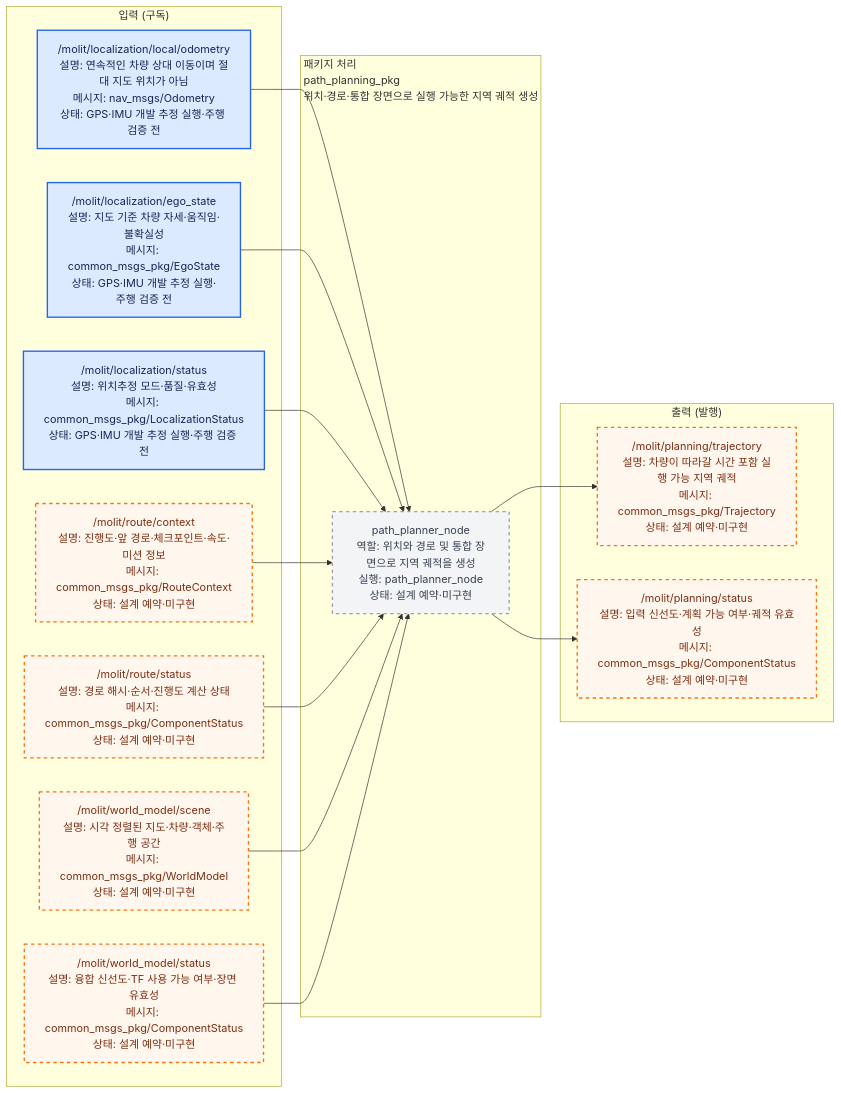
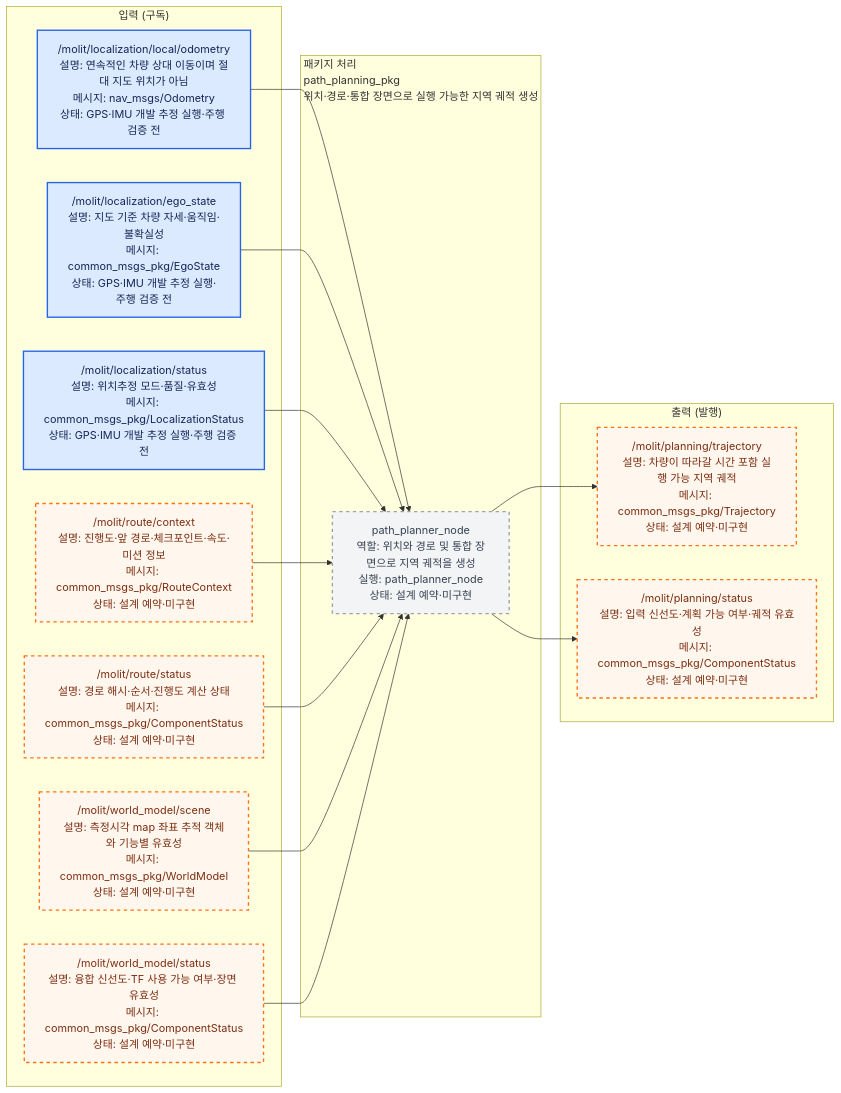
Before and after one commit to Team-Stier/Morai_Sim_team2: the diagram in src/path_planning_pkg/docs/interface_io.mmd, drawn with Mermaid. The commit also changed 60 other files, not shown here.

```diff
--- a/src/path_planning_pkg/docs/interface_io.mmd
+++ b/src/path_planning_pkg/docs/interface_io.mmd
@@ -1,47 +1,47 @@
 %% AUTO-GENERATED by ros_architecture_pkg/scripts/generate_interface_diagrams.py. DO NOT EDIT.
 %% Source of truth: ros_architecture_pkg/config/interface_contract.yaml
 flowchart LR
     classDef liveNode fill:#dcfce7,color:#14532d,stroke:#16a34a,stroke-width:2px;
     classDef reservedNode fill:#f3f4f6,color:#374151,stroke:#9ca3af,stroke-width:2px,stroke-dasharray: 5 5;
     classDef liveTopic fill:#dbeafe,color:#172554,stroke:#2563eb,stroke-width:2px;
     classDef reservedTopic fill:#fff7ed,color:#7c2d12,stroke:#f97316,stroke-width:2px,stroke-dasharray: 5 5;
     classDef emptyPort fill:#ffffff,color:#6b7280,stroke:#d1d5db,stroke-dasharray: 3 3;
     classDef externalEndpoint fill:#f3e8ff,color:#581c87,stroke:#9333ea,stroke-width:3px;
 
     subgraph INPUTS["입력 (구독)"]
         input_000["/molit/localization/local/odometry<br/>설명: 연속적인 차량 상대 이동이며 절대 지도 위치가 아님<br/>메시지: nav_msgs/Odometry<br/>상태: GPS·IMU 개발 추정 실행·주행 검증 전"]
         input_001["/molit/localization/ego_state<br/>설명: 지도 기준 차량 자세·움직임·불확실성<br/>메시지: common_msgs_pkg/EgoState<br/>상태: GPS·IMU 개발 추정 실행·주행 검증 전"]
         input_002["/molit/localization/status<br/>설명: 위치추정 모드·품질·유효성<br/>메시지: common_msgs_pkg/LocalizationStatus<br/>상태: GPS·IMU 개발 추정 실행·주행 검증 전"]
         input_003["/molit/route/context<br/>설명: 진행도·앞 경로·체크포인트·속도·미션 정보<br/>메시지: common_msgs_pkg/RouteContext<br/>상태: 설계 예약·미구현"]
         input_004["/molit/route/status<br/>설명: 경로 해시·순서·진행도 계산 상태<br/>메시지: common_msgs_pkg/ComponentStatus<br/>상태: 설계 예약·미구현"]
-        input_005["/molit/world_model/scene<br/>설명: 시각 정렬된 지도·차량·객체·주행 공간<br/>메시지: common_msgs_pkg/WorldModel<br/>상태: 설계 예약·미구현"]
+        input_005["/molit/world_model/scene<br/>설명: 측정시각 map 좌표 추적 객체와 기능별 유효성<br/>메시지: common_msgs_pkg/WorldModel<br/>상태: 설계 예약·미구현"]
         input_006["/molit/world_model/status<br/>설명: 융합 신선도·TF 사용 가능 여부·장면 유효성<br/>메시지: common_msgs_pkg/ComponentStatus<br/>상태: 설계 예약·미구현"]
     end
     subgraph PACKAGE["패키지 처리<br/>path_planning_pkg<br/>위치·경로·통합 장면으로 실행 가능한 지역 궤적 생성"]
         local_node_000["path_planner_node<br/>역할: 위치와 경로 및 통합 장면으로 지역 궤적을 생성<br/>실행: path_planner_node<br/>상태: 설계 예약·미구현"]
     end
     subgraph OUTPUTS["출력 (발행)"]
         output_000["/molit/planning/trajectory<br/>설명: 차량이 따라갈 시간 포함 실행 가능 지역 궤적<br/>메시지: common_msgs_pkg/Trajectory<br/>상태: 설계 예약·미구현"]
         output_001["/molit/planning/status<br/>설명: 입력 신선도·계획 가능 여부·궤적 유효성<br/>메시지: common_msgs_pkg/ComponentStatus<br/>상태: 설계 예약·미구현"]
     end
 
     input_000 --> local_node_000
     input_001 --> local_node_000
     input_002 --> local_node_000
     input_003 --> local_node_000
     input_004 --> local_node_000
     input_005 --> local_node_000
     input_006 --> local_node_000
     local_node_000 --> output_000
     local_node_000 --> output_001
 
     class local_node_000 reservedNode;
     class input_000 liveTopic;
     class input_001 liveTopic;
     class input_002 liveTopic;
     class input_003 reservedTopic;
     class input_004 reservedTopic;
     class input_005 reservedTopic;
     class input_006 reservedTopic;
     class output_000 reservedTopic;
     class output_001 reservedTopic;
```
